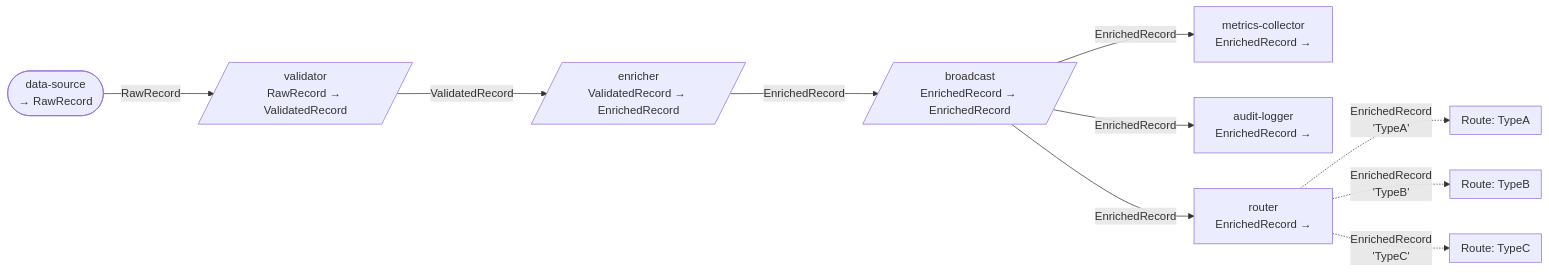
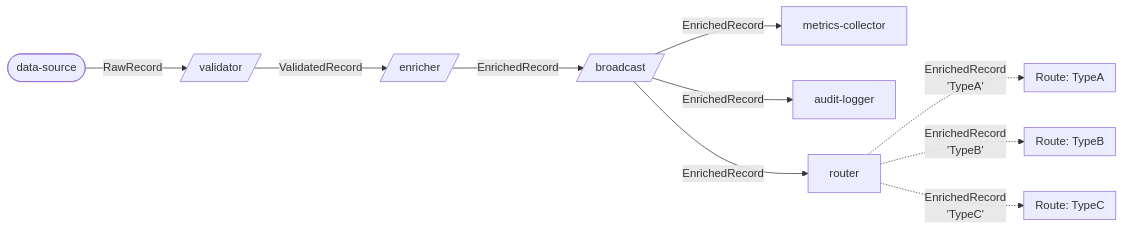
Before and after one commit to dazinator/DataFlow: the diagram in docs/diagrams/complex-etl-benchmark.md, drawn with Mermaid. The commit also changed 12 other files, not shown here.

First line of the commit message:
Implement DAG-based diagram rendering with composable callback interface (#29)

````diff
--- a/docs/diagrams/complex-etl-benchmark.md
+++ b/docs/diagrams/complex-etl-benchmark.md
@@ -16,45 +16,45 @@
 ```mermaid
 flowchart LR
     %% DataFlow: ComplexEtlBenchmark
 
-    data_source(["data-source<br/>→ RawRecord"])
-    validator[/"validator<br/>RawRecord → ValidatedRecord"/]
-    enricher[/"enricher<br/>ValidatedRecord → EnrichedRecord"/]
-    broadcast[/"broadcast<br/>EnrichedRecord → EnrichedRecord"/]
-    metrics_collector["metrics-collector<br/>EnrichedRecord →"]
-    audit_logger["audit-logger<br/>EnrichedRecord →"]
-    router["router<br/>EnrichedRecord →"]
+    data_source(["data-source"])
+    validator[/"validator"/]
+    enricher[/"enricher"/]
+    broadcast[/"broadcast"/]
+    metrics_collector["metrics-collector"]
+    audit_logger["audit-logger"]
+    router["router"]
 
     data_source -->|RawRecord| validator
     validator -->|ValidatedRecord| enricher
     enricher -->|EnrichedRecord| broadcast
     broadcast -->|EnrichedRecord| metrics_collector
     broadcast -->|EnrichedRecord| audit_logger
     broadcast -->|EnrichedRecord| router
 
     %% 'broadcast' broadcasts to multiple targets
 
     %% Routes for 'router':
     subgraph router_route_TypeA ["Route: TypeA"]
         direction LR
         %% Route 'TypeA' blocks not shown
         %% (Pass IServiceProvider to ToMermaidDiagram to render route details)
     end
 
     router -.->|EnrichedRecord<br/>'TypeA'| router_route_TypeA
     subgraph router_route_TypeB ["Route: TypeB"]
         direction LR
         %% Route 'TypeB' blocks not shown
         %% (Pass IServiceProvider to ToMermaidDiagram to render route details)
     end
 
     router -.->|EnrichedRecord<br/>'TypeB'| router_route_TypeB
     subgraph router_route_TypeC ["Route: TypeC"]
         direction LR
         %% Route 'TypeC' blocks not shown
         %% (Pass IServiceProvider to ToMermaidDiagram to render route details)
     end
 
     router -.->|EnrichedRecord<br/>'TypeC'| router_route_TypeC
 
 ```
````
